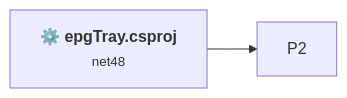
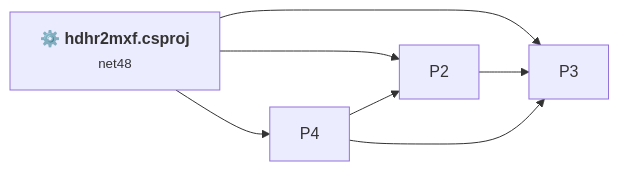
Before and after one commit to Kev506/epg123: the first of 2 diagrams in .github/upgrades/scenarios/dotnet-version-upgrade/assessment.md, drawn with Mermaid. The commit also changed other lines of this file and 4 other files, not shown here.

Commit message:
Save upgrade workflow state before hdhr2mxf upgrade

````diff
--- a/.github/upgrades/scenarios/dotnet-version-upgrade/assessment.md
+++ b/.github/upgrades/scenarios/dotnet-version-upgrade/assessment.md
@@ -142,7 +97,12 @@
 ```mermaid
 flowchart LR
-    P1["<b>⚙️&nbsp;epgTray.csproj</b><br/><small>net48</small>"]
+    P1["<b>⚙️&nbsp;hdhr2mxf.csproj</b><br/><small>net48</small>"]
     P1 --> P2
-    click P1 "#epgtraycsproj"
+    P1 --> P3
+    P1 --> P4
+    P2 --> P3
+    P4 --> P2
+    P4 --> P3
+    click P1 "#hdhr2mxfcsproj"
 
 ```
````
